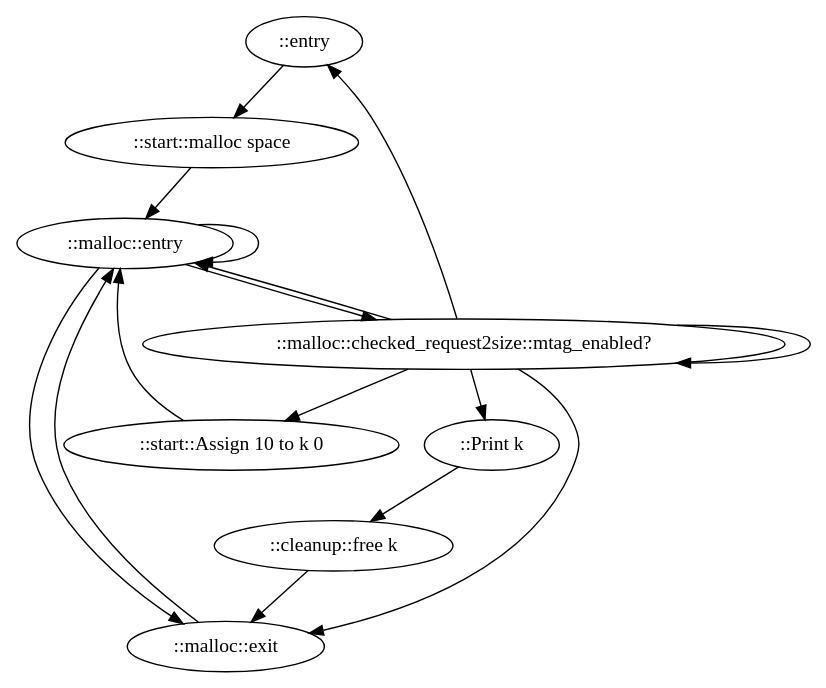
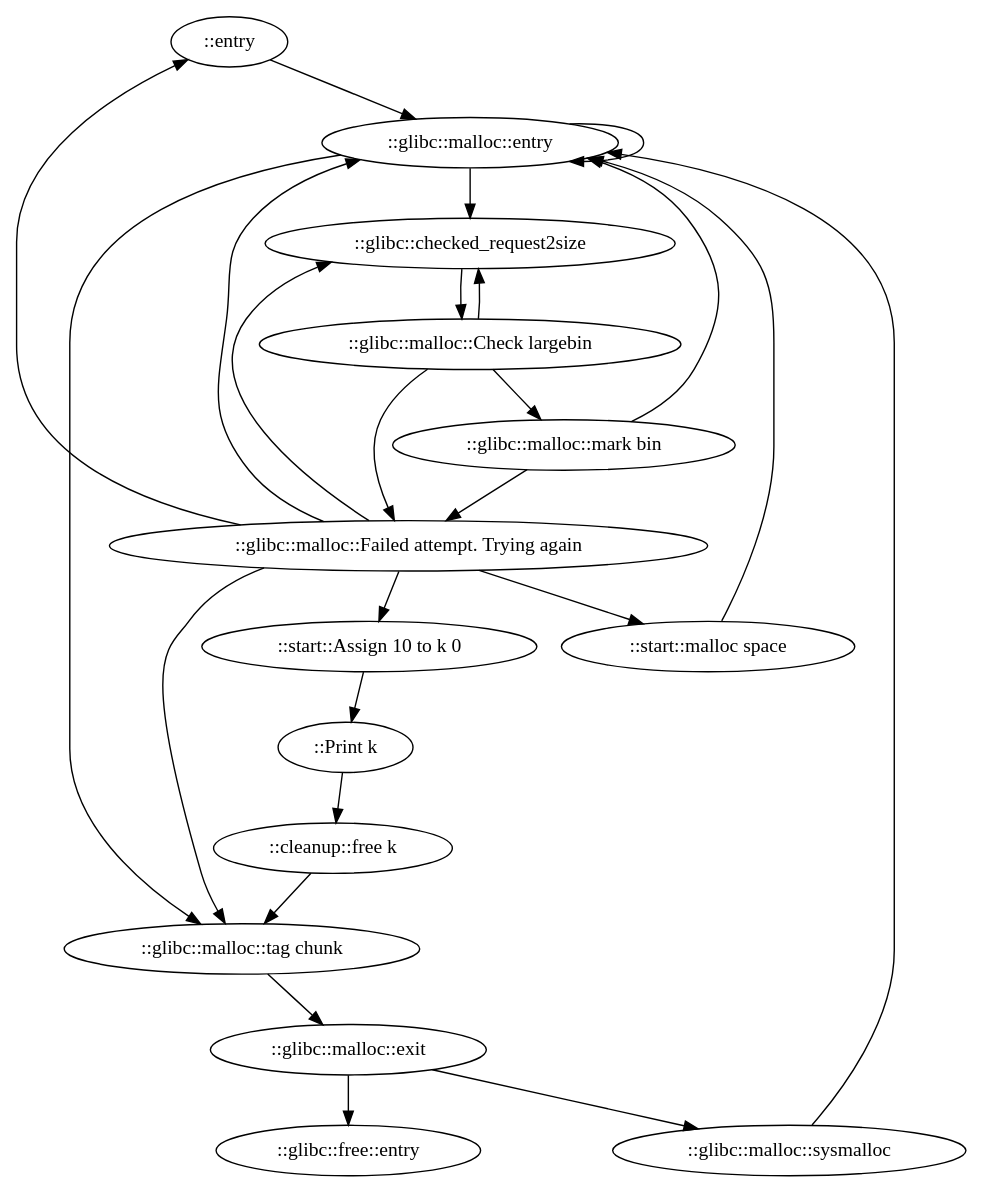
The diagram in test.dot (zaporter/Explorant), drawn with Graphviz before and after one commit. The commit also changed 1 other file, not shown here.

```diff
--- a/test.dot
+++ b/test.dot
@@ -1,25 +1,40 @@
 digraph example1 {
-    N4200101[label="::entry"];
-    N4200116[label="::start::malloc space"];
-    N4200144[label="::start::Assign 10 to k 0"];
-    N4200158[label="::Print k"];
-    N4200168[label="::cleanup::free k"];
-    N4257076[label="::malloc::checked_request2size::mtag_enabled?"];
-    N4262726[label="::malloc::entry"];
-    N4264105[label="::malloc::exit"];
-    N4200101 -> N4200116[label=""];
-    N4200116 -> N4262726[label=""];
-    N4200144 -> N4262726[label=""];
+    N4200116[label="::entry"];
+    N4200144[label="::start::malloc space"];
+    N4200158[label="::start::Assign 10 to k 0"];
+    N4200168[label="::Print k"];
+    N4200196[label="::cleanup::free k"];
+    N4252442[label="::glibc::malloc::sysmalloc"];
+    N4257076[label="::glibc::checked_request2size"];
+    N4257668[label="::glibc::malloc::Check largebin"];
+    N4258861[label="::glibc::malloc::mark bin"];
+    N4262704[label="::glibc::malloc::entry"];
+    N4262945[label="::glibc::malloc::Failed attempt. Trying again"];
+    N4264096[label="::glibc::malloc::tag chunk"];
+    N4264105[label="::glibc::malloc::exit"];
+    N4264224[label="::glibc::free::entry"];
+    N4200116 -> N4262704[label=""];
+    N4200144 -> N4262704[label=""];
     N4200158 -> N4200168[label=""];
-    N4200168 -> N4264105[label=""];
-    N4257076 -> N4200101[label=""];
-    N4257076 -> N4200144[label=""];
-    N4257076 -> N4200158[label=""];
-    N4257076 -> N4257076[label=""];
-    N4257076 -> N4262726[label=""];
-    N4257076 -> N4264105[label=""];
-    N4262726 -> N4257076[label=""];
-    N4262726 -> N4262726[label=""];
-    N4262726 -> N4264105[label=""];
-    N4264105 -> N4262726[label=""];
+    N4200168 -> N4200196[label=""];
+    N4200196 -> N4264096[label=""];
+    N4252442 -> N4262704[label=""];
+    N4257076 -> N4257668[label=""];
+    N4257668 -> N4257076[label=""];
+    N4257668 -> N4258861[label=""];
+    N4257668 -> N4262945[label=""];
+    N4258861 -> N4262704[label=""];
+    N4258861 -> N4262945[label=""];
+    N4262704 -> N4257076[label=""];
+    N4262704 -> N4262704[label=""];
+    N4262704 -> N4264096[label=""];
+    N4262945 -> N4200116[label=""];
+    N4262945 -> N4200144[label=""];
+    N4262945 -> N4200158[label=""];
+    N4262945 -> N4257076[label=""];
+    N4262945 -> N4262704[label=""];
+    N4262945 -> N4264096[label=""];
+    N4264096 -> N4264105[label=""];
+    N4264105 -> N4252442[label=""];
+    N4264105 -> N4264224[label=""];
 }
```
